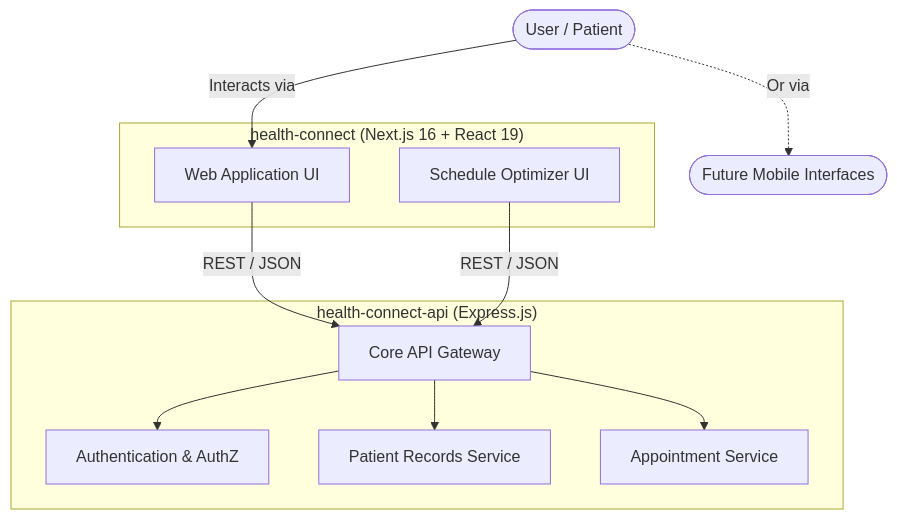
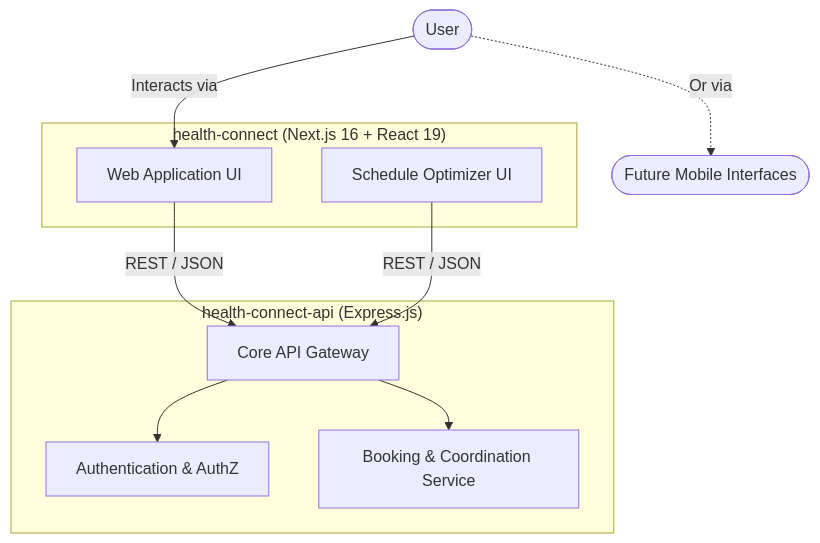
One commit to sahoo-tech/Health-Connect changed the first of 3 diagrams in README.md. Above: the diagram before and after it, drawn with Mermaid. The commit also changed other lines of this file and 22 other files, not shown here.

````diff
--- a/README.md
+++ b/README.md
@@ -13,24 +13,22 @@
 ```mermaid
 graph TD
-    User([User / Patient]) -->|Interacts via| Frontend
+    User([User]) -->|Interacts via| Frontend
     User -.->|Or via| MobileApp([Future Mobile Interfaces])
     
     subgraph "health-connect (Next.js 16 + React 19)"
         Frontend[Web Application UI]
         Optimizer[Schedule Optimizer UI]
     end
     
     subgraph "health-connect-api (Express.js)"
         API[Core API Gateway]
         Auth[Authentication & AuthZ]
-        PatientService[Patient Records Service]
-        BookingService[Appointment Service]
+        BookingService[Booking & Coordination Service]
     end
     
     Frontend -->|REST / JSON| API
     Optimizer -->|REST / JSON| API
     
     API --> Auth
-    API --> PatientService
     API --> BookingService
 ```
````
